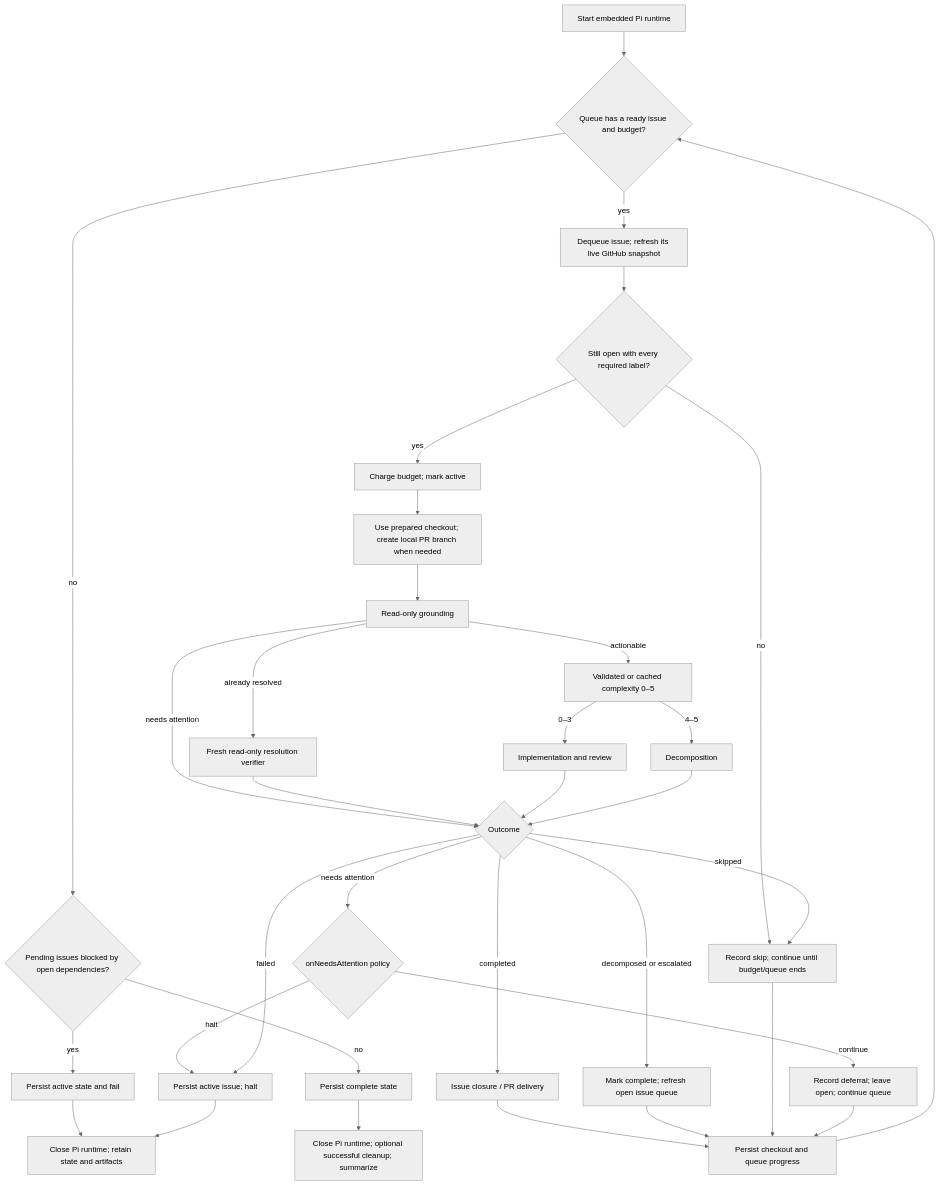
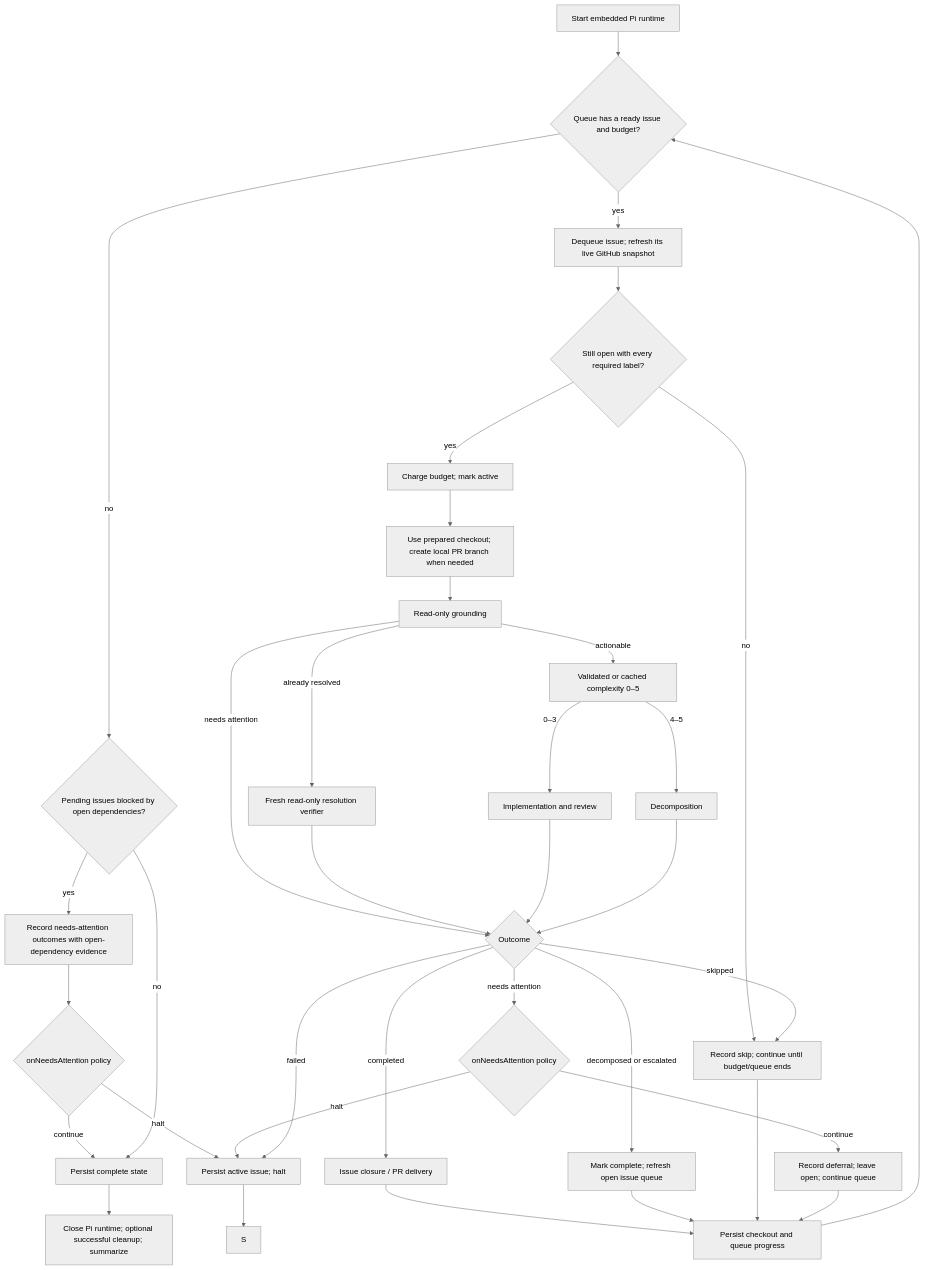
Before and after one commit to beremaran/ralphie: the second of 6 diagrams in docs/end-to-end-execution.md, drawn with Mermaid (neutral theme). The commit also changed other lines of this file and 9 other files, not shown here.

````diff
--- a/docs/end-to-end-execution.md
+++ b/docs/end-to-end-execution.md
@@ -119,36 +119,38 @@
 ```mermaid
 flowchart TD
     A["Start embedded Pi runtime"] --> B{"Queue has a ready issue and budget?"}
     B -->|no| C{"Pending issues blocked by open dependencies?"}
-    C -->|yes| D["Persist active state and fail"]
+    C -->|yes| R2["Record needs-attention outcomes with open-dependency evidence"]
+    R2 --> Q2{"onNeedsAttention policy"}
+    Q2 -->|continue| E
+    Q2 -->|halt| N
     C -->|no| E["Persist complete state"]
     B -->|yes| F["Dequeue issue; refresh its live GitHub snapshot"]
     F --> T{"Still open with every required label?"}
     T -->|no| M["Record durable skip; complete queue item"]
     T -->|yes| G["Charge budget; mark active"]
     G --> H["Use prepared checkout; create local PR branch when needed"]
     H --> I["Read-only grounding"]
     I -->|actionable| U["Validated or cached complexity 0–5"]
     I -->|already resolved| V["Fresh read-only resolution verifier"]
     I -->|needs attention| J{"Outcome"}
     U -->|0–3| W["Implementation and review"]
     U -->|4–5| X["Decomposition"]
     V --> J
     W --> J
     X --> J
     J -->|completed| K["Issue closure / PR delivery"]
     J -->|decomposed or escalated| L["Mark complete; refresh open issue queue"]
     J -->|skipped| M["Record skip; continue until budget/queue ends"]
     J -->|needs attention| Q{"onNeedsAttention policy"}
     Q -->|continue| P["Record deferral; leave open; continue queue"]
     Q -->|halt| N["Persist active issue; handled stop"]
     J -->|failed| N["Persist active issue; halt"]
     K --> O["Persist checkout and queue progress"]
     L --> O
     M --> O
     P --> O
     O --> B
     E --> R["Close Pi runtime; optional successful cleanup; summarize"]
-    D --> S["Close Pi runtime; retain state and artifacts"]
     N --> S
 ```
````
